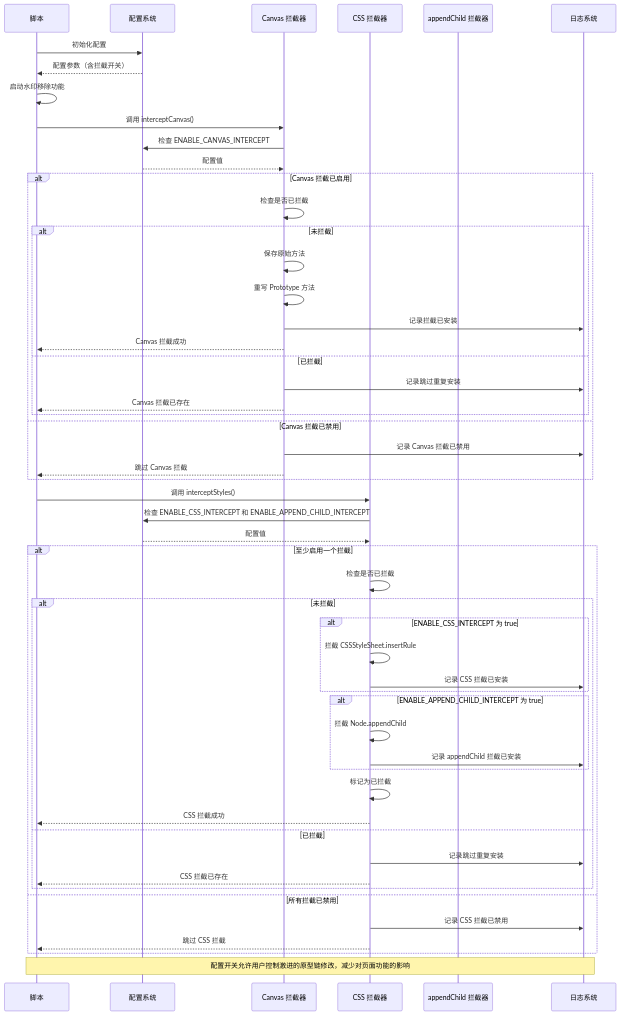
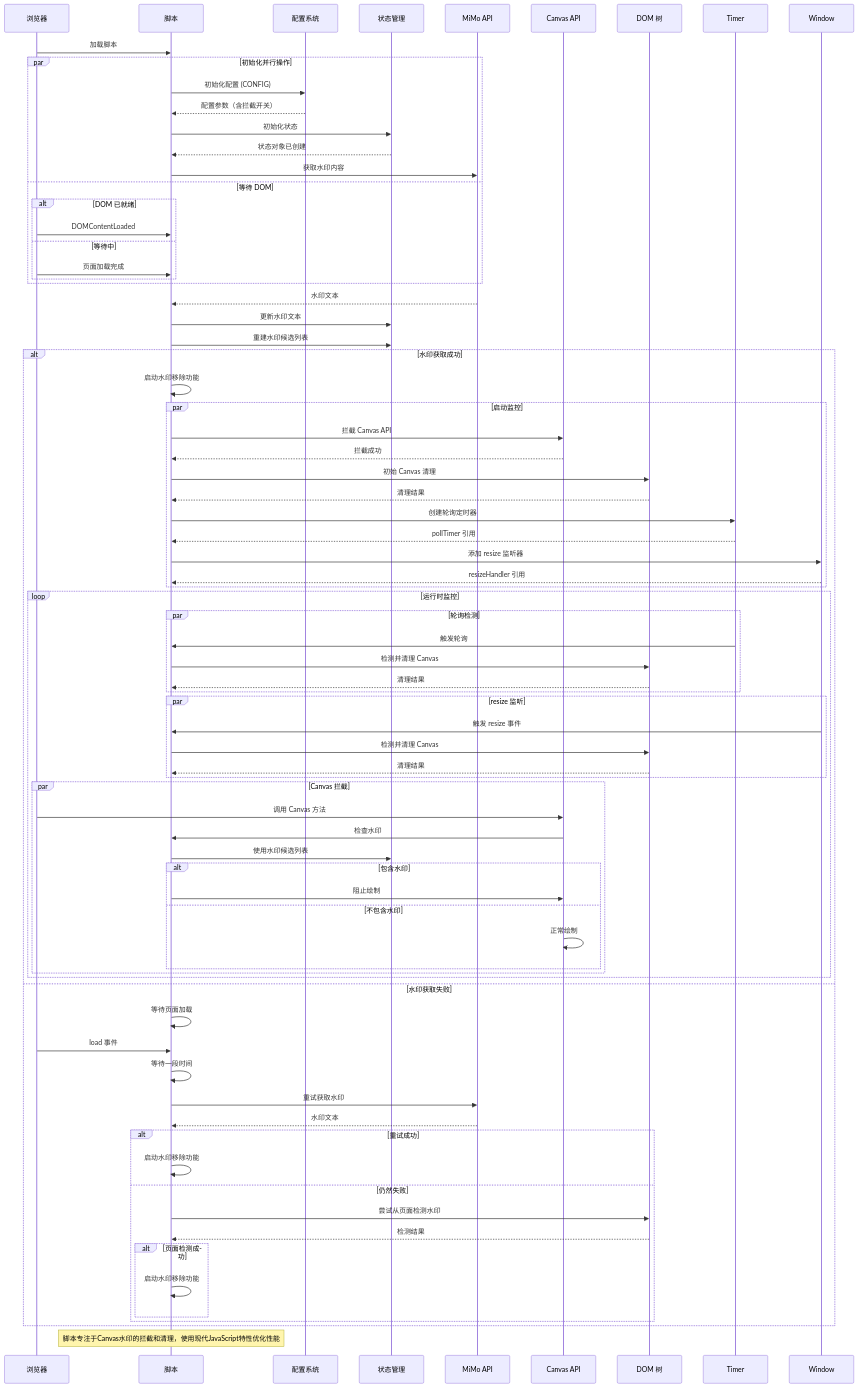
Before and after one commit to wang93wei/Xiaomi-MiMo-Studio-Watermark-Remover: the sixth of 6 diagrams in doc/SEQUENCE_DIAGRAMS.md, drawn with Mermaid. The commit also changed other lines of this file and 4 other files, not shown here.

````diff
--- a/doc/SEQUENCE_DIAGRAMS.md
+++ b/doc/SEQUENCE_DIAGRAMS.md
@@ -829,67 +288,94 @@
 ```mermaid
 sequenceDiagram
+    participant Browser as 浏览器
     participant Script as 脚本
     participant Config as 配置系统
-    participant CanvasInterceptor as Canvas 拦截器
-    participant CSSInterceptor as CSS 拦截器
-    participant AppendChildInterceptor as appendChild 拦截器
-    participant Logger as 日志系统
+    participant State as 状态管理
+    participant API as MiMo API
+    participant Canvas as Canvas API
+    participant DOM as DOM 树
 
-    Script->>Config: 初始化配置
-    Config-->>Script: 配置参数（含拦截开关）
+    Browser->>Script: 加载脚本
 
-    Script->>Script: 启动水印移除功能
-    Script->>CanvasInterceptor: 调用 interceptCanvas()
-
-    CanvasInterceptor->>Config: 检查 ENABLE_CANVAS_INTERCEPT
-    Config-->>CanvasInterceptor: 配置值
-
-    alt Canvas 拦截已启用
-        CanvasInterceptor->>CanvasInterceptor: 检查是否已拦截
-
-        alt 未拦截
-            CanvasInterceptor->>CanvasInterceptor: 保存原始方法
-            CanvasInterceptor->>CanvasInterceptor: 重写 Prototype 方法
-            CanvasInterceptor->>Logger: 记录拦截已安装
-            CanvasInterceptor-->>Script: Canvas 拦截成功
-        else 已拦截
-            CanvasInterceptor->>Logger: 记录跳过重复安装
-            CanvasInterceptor-->>Script: Canvas 拦截已存在
+    par 初始化并行操作
+        Script->>Config: 初始化配置 (CONFIG)
+        Config-->>Script: 配置参数（含拦截开关）
+        Script->>State: 初始化状态
+        State-->>Script: 状态对象已创建
+        Script->>API: 获取水印内容
+    and 等待 DOM
+        alt DOM 已就绪
+            Browser->>Script: DOMContentLoaded
+        else 等待中
+            Browser->>Script: 页面加载完成
         end
-    else Canvas 拦截已禁用
-        CanvasInterceptor->>Logger: 记录 Canvas 拦截已禁用
-        CanvasInterceptor-->>Script: 跳过 Canvas 拦截
     end
 
-    Script->>CSSInterceptor: 调用 interceptStyles()
+    API-->>Script: 水印文本
+    Script->>State: 更新水印文本
+    Script->>State: 重建水印候选列表
 
-    CSSInterceptor->>Config: 检查 ENABLE_CSS_INTERCEPT 和 ENABLE_APPEND_CHILD_INTERCEPT
-    Config-->>CSSInterceptor: 配置值
+    alt 水印获取成功
+        Script->>Script: 启动水印移除功能
 
-    alt 至少启用一个拦截
-        CSSInterceptor->>CSSInterceptor: 检查是否已拦截
+        par 启动监控
+            Script->>Canvas: 拦截 Canvas API
+            Canvas-->>Script: 拦截成功
 
-        alt 未拦截
-            alt ENABLE_CSS_INTERCEPT 为 true
-                CSSInterceptor->>CSSInterceptor: 拦截 CSSStyleSheet.insertRule
-                CSSInterceptor->>Logger: 记录 CSS 拦截已安装
+            Script->>DOM: 初始 Canvas 清理
+            DOM-->>Script: 清理结果
+
+            Script->>Timer: 创建轮询定时器
+            Timer-->>Script: pollTimer 引用
+
+            Script->>Window: 添加 resize 监听器
+            Window-->>Script: resizeHandler 引用
+        end
+
+        loop 运行时监控
+            par 轮询检测
+                Timer->>Script: 触发轮询
+                Script->>DOM: 检测并清理 Canvas
+                DOM-->>Script: 清理结果
             end
 
-            alt ENABLE_APPEND_CHILD_INTERCEPT 为 true
-                CSSInterceptor->>CSSInterceptor: 拦截 Node.appendChild
-                CSSInterceptor->>Logger: 记录 appendChild 拦截已安装
+            par resize 监听
+                Window->>Script: 触发 resize 事件
+                Script->>DOM: 检测并清理 Canvas
+                DOM-->>Script: 清理结果
             end
 
-            CSSInterceptor->>CSSInterceptor: 标记为已拦截
-            CSSInterceptor-->>Script: CSS 拦截成功
-        else 已拦截
-            CSSInterceptor->>Logger: 记录跳过重复安装
-            CSSInterceptor-->>Script: CSS 拦截已存在
+            par Canvas 拦截
+                Browser->>Canvas: 调用 Canvas 方法
+                Canvas->>Script: 检查水印
+                Script->>State: 使用水印候选列表
+
+                alt 包含水印
+                    Script->>Canvas: 阻止绘制
+                else 不包含水印
+                    Canvas->>Canvas: 正常绘制
+                end
+            end
         end
-    else 所有拦截已禁用
-        CSSInterceptor->>Logger: 记录 CSS 拦截已禁用
-        CSSInterceptor-->>Script: 跳过 CSS 拦截
+    else 水印获取失败
+        Script->>Script: 等待页面加载
+        Browser->>Script: load 事件
+
+        Script->>Script: 等待一段时间
+        Script->>API: 重试获取水印
+        API-->>Script: 水印文本
+
+        alt 重试成功
+            Script->>Script: 启动水印移除功能
+        else 仍然失败
+            Script->>DOM: 尝试从页面检测水印
+            DOM-->>Script: 检测结果
+
+            alt 页面检测成功
+                Script->>Script: 启动水印移除功能
+            end
+        end
     end
 
-    Note over Script,Logger: 配置开关允许用户控制激进的原型链修改，减少对页面功能的影响
+    Note over Script: 脚本专注于Canvas水印的拦截和清理，使用现代JavaScript特性优化性能
 ```
````
